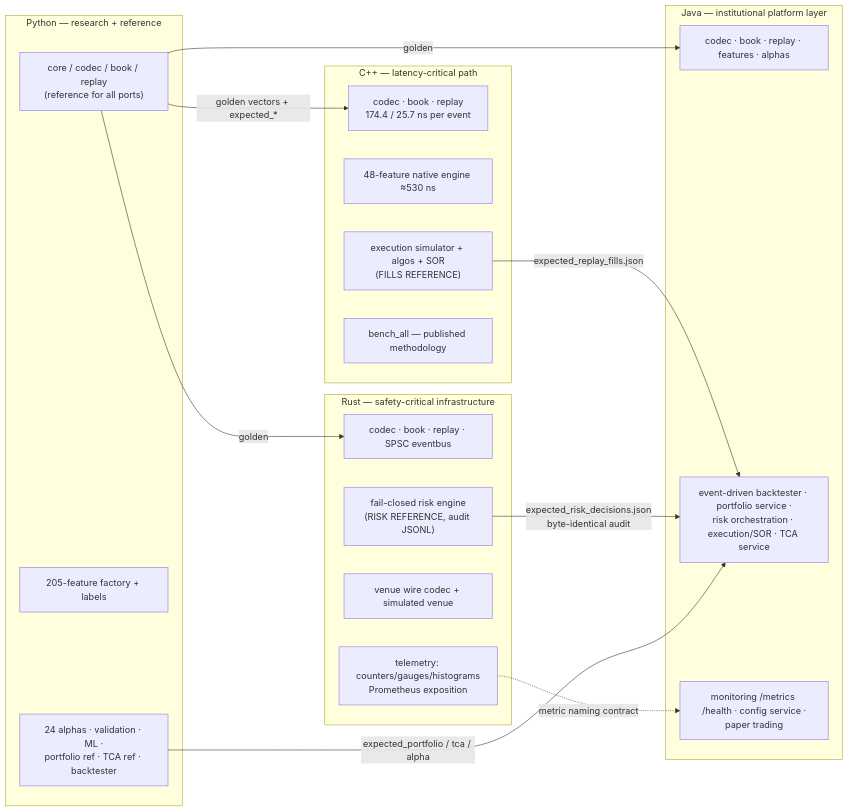
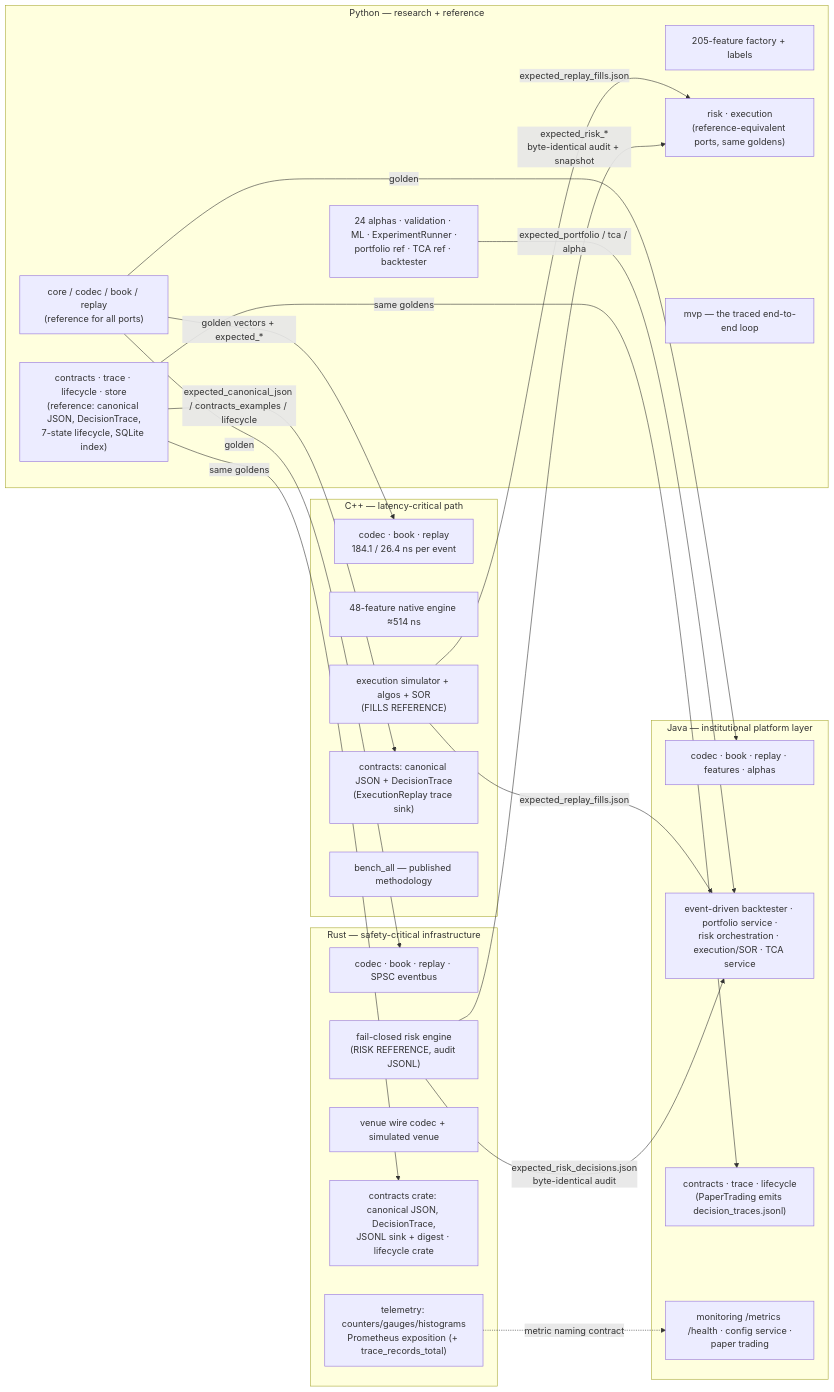
Before and after one commit to AshJha0/intraday-alpha-platform: the diagram in docs/diagrams/responsibility_matrix.mmd, drawn with Mermaid. The commit also changed 50 other files, not shown here.

First line of the commit message:
Documentation pass: README, conventions §13, ARCHITECTURE, LIFECYCLE, DECISION_TRACE, CONTRACTS, TRADING, ROADMAP, incident-replay runbook, LEARN chapters, diagrams, papers errata; headline-number harness re-derives every new figure

```diff
--- a/docs/diagrams/responsibility_matrix.mmd
+++ b/docs/diagrams/responsibility_matrix.mmd
@@ -1,30 +1,41 @@
 flowchart LR
     subgraph PYL["Python — research + reference"]
         pcore["core / codec / book / replay<br/>(reference for all ports)"]
         pfeat["205-feature factory + labels"]
-        presearch["24 alphas · validation · ML ·<br/>portfolio ref · TCA ref · backtester"]
+        presearch["24 alphas · validation · ML · ExperimentRunner ·<br/>portfolio ref · TCA ref · backtester"]
+        pcontracts["contracts · trace · lifecycle · store<br/>(reference: canonical JSON, DecisionTrace,<br/>7-state lifecycle, SQLite index)"]
+        pports["risk · execution<br/>(reference-equivalent ports, same goldens)"]
+        pmvp["mvp — the traced end-to-end loop"]
     end
     subgraph CPPL["C++ — latency-critical path"]
-        ccore["codec · book · replay<br/>174.4 / 25.7 ns per event"]
-        cfeat["48-feature native engine ≈530 ns"]
+        ccore["codec · book · replay<br/>184.1 / 26.4 ns per event"]
+        cfeat["48-feature native engine ≈514 ns"]
         cexec["execution simulator + algos + SOR<br/>(FILLS REFERENCE)"]
+        ccontracts["contracts: canonical JSON + DecisionTrace<br/>(ExecutionReplay trace sink)"]
         cbench["bench_all — published methodology"]
     end
     subgraph RSL["Rust — safety-critical infrastructure"]
         rcore["codec · book · replay · SPSC eventbus"]
         rrisk["fail-closed risk engine<br/>(RISK REFERENCE, audit JSONL)"]
         rven["venue wire codec + simulated venue"]
-        rtel["telemetry: counters/gauges/histograms<br/>Prometheus exposition"]
+        rcontracts["contracts crate: canonical JSON, DecisionTrace,<br/>JSONL sink + digest · lifecycle crate"]
+        rtel["telemetry: counters/gauges/histograms<br/>Prometheus exposition (+ trace_records_total)"]
     end
     subgraph JVL["Java — institutional platform layer"]
         jcore["codec · book · replay · features · alphas"]
         jplat["event-driven backtester · portfolio service ·<br/>risk orchestration · execution/SOR · TCA service"]
+        jcontracts["contracts · trace · lifecycle<br/>(PaperTrading emits decision_traces.jsonl)"]
         jops["monitoring /metrics /health · config service ·<br/>paper trading"]
     end
     pcore -->|"golden vectors + expected_*"| ccore
     pcore -->|"golden"| rcore
     pcore -->|"golden"| jcore
     cexec -->|"expected_replay_fills.json"| jplat
+    cexec -->|"expected_replay_fills.json"| pports
     rrisk -->|"expected_risk_decisions.json<br/>byte-identical audit"| jplat
+    rrisk -->|"expected_risk_*<br/>byte-identical audit + snapshot"| pports
     presearch -->|"expected_portfolio / tca / alpha"| jplat
+    pcontracts -->|"expected_canonical_json / contracts_examples / lifecycle"| ccontracts
+    pcontracts -->|"same goldens"| rcontracts
+    pcontracts -->|"same goldens"| jcontracts
     rtel -.->|"metric naming contract"| jops
```
